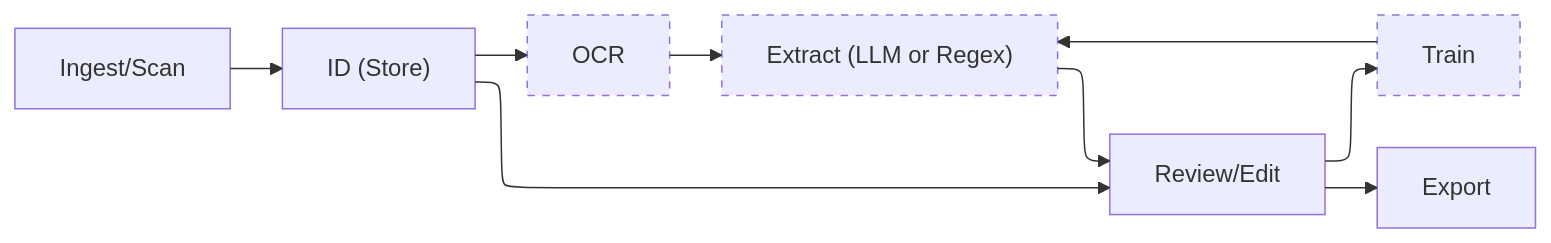
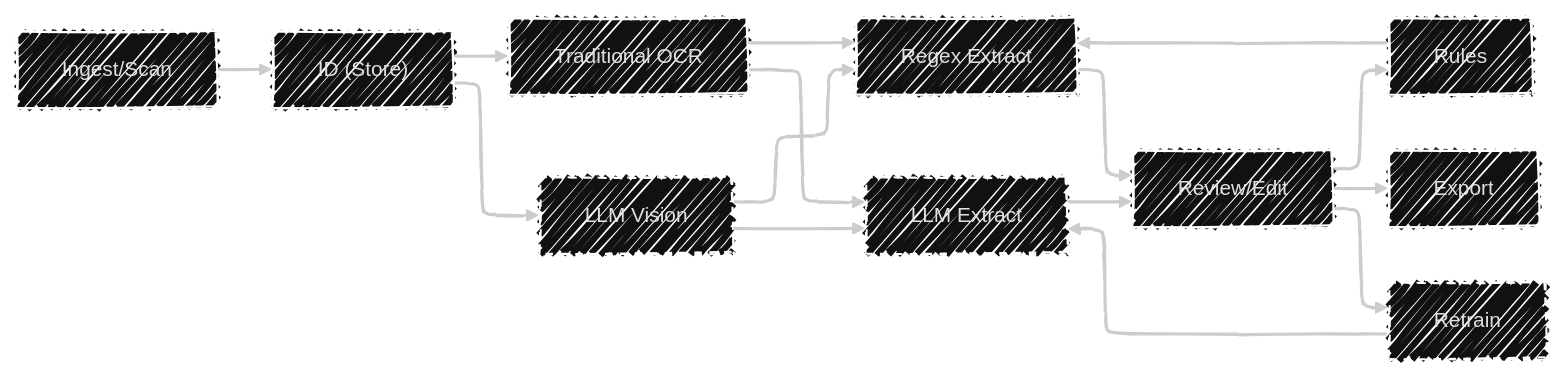
One commit to alerque/acceptarium changed the diagram in README.md. Above: the diagram before and after it, drawn with Mermaid.

Commit message:
Demonstrate multiple paths for OCR and extraction

````diff
--- a/README.md
+++ b/README.md
@@ -15,20 +15,26 @@
 ```mermaid
 ---
 config:
   layout: elk
+  look: handDrawn
+  theme: redux-dark
 ---
 flowchart LR
-    A["Ingest/Scan"]
-    B["ID (Store)"]
-    C["OCR"]
-    D["Extract (LLM or Regex)"]
-    E["Review/Edit"]
-    F["Train"]
-    H["Export"]
-    style C stroke-dasharray: 5
-    style D stroke-dasharray: 5
-    style F stroke-dasharray: 5
-    A --> B --> E --> H
-    B --> C --> D --> E
-    E --> F --> D
+  A["Ingest/Scan"]
+  B["ID (Store)"]
+  C["Traditional OCR"]
+  D["Regex Extract"]
+  E["Rules"]
+  F["Review/Edit"]
+  G["Export"]
+  L1["LLM Vision"]
+  L2["LLM Extract"]
+  L3["Retrain"]
+  A --> B --> C & L1 --> D & L2 --> F --> G
+  F --> E & L3
+  E --> D
+  L3 --> L2
+  style L1 stroke-dasharray: 5
+  style L2 stroke-dasharray: 5
+  style L3 stroke-dasharray: 5
 ```
````
